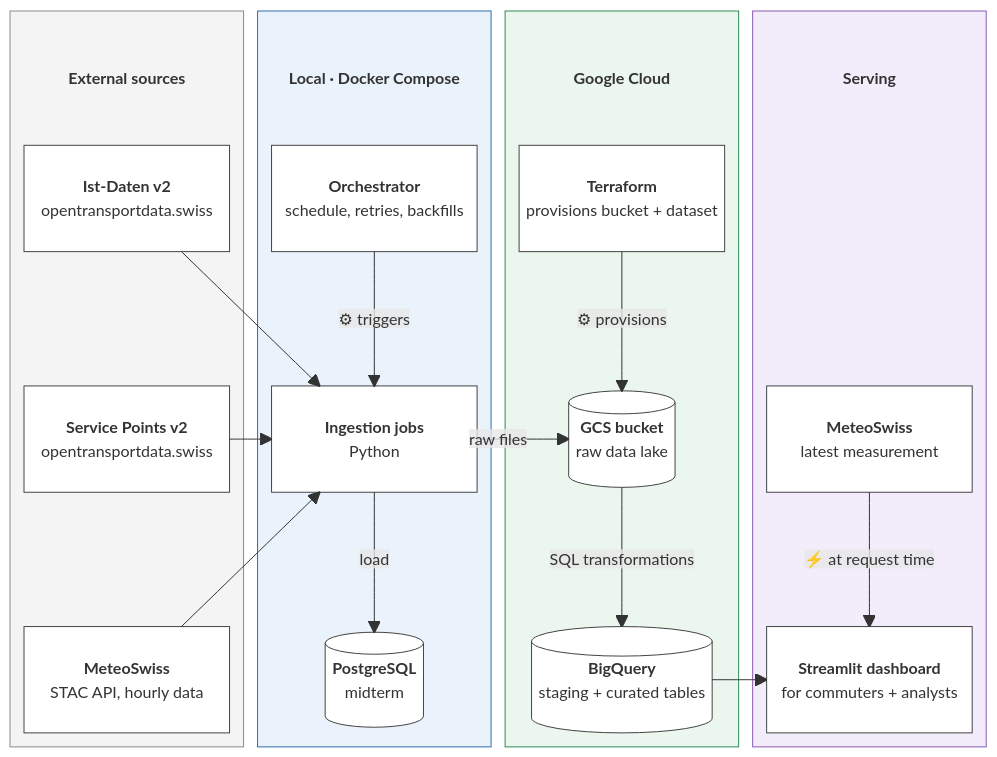
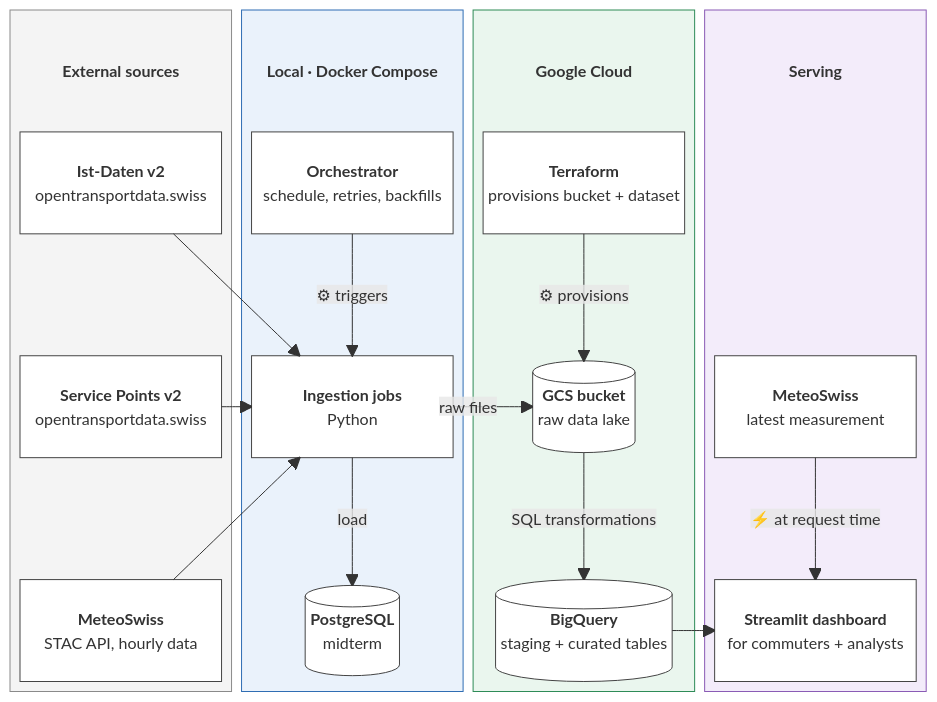
One commit to theodorahaimoff/HSLU_HS26_DENG changed the diagram in README.md. Above: the diagram before and after it, drawn with Mermaid. The commit also changed other lines of this file and 4 other files, not shown here.

````diff
--- a/README.md
+++ b/README.md
@@ -75,65 +75,61 @@
 ```mermaid
----
-config:
-  block:
-    padding: 14
----
+%%{init: {"block": {"padding": 10}}}%%
 block-beta
   columns 4
   block:EXT:1
     columns 1
     T1["External sources"]
     S1["<b>Ist-Daten v2</b><br/>opentransportdata.swiss"]
     space
     S2["<b>Service Points v2</b><br/>opentransportdata.swiss"]
     space
     S3["<b>MeteoSwiss</b><br/>STAC API, hourly data"]
   end
   block:DC:1
     columns 1
     T2["Local · Docker Compose"]
     O["<b>Orchestrator</b><br/>schedule, retries, backfills"]
     space
     I["<b>Ingestion jobs</b><br/>Python"]
     space
     P[("<b>PostgreSQL</b><br/>midterm")]
   end
   block:GCP:1
     columns 1
     T3["Google Cloud"]
     TF["<b>Terraform</b><br/>provisions bucket + dataset"]
     space
     G[("<b>GCS bucket</b><br/>raw data lake")]
     space
     B[("<b>BigQuery</b><br/>staging + curated tables")]
   end
   block:SV:1
     columns 1
     T4["Serving"]
     space
     space
     M["<b>MeteoSwiss</b><br/>latest measurement"]
     space
     D["<b>Streamlit dashboard</b><br/>for commuters + analysts"]
   end
 
   S1 --> I
   S2 --> I
   S3 --> I
   O -- "⚙ triggers" --> I
   I -- "load" --> P
   I -- "raw files" --> G
   TF -- "⚙ provisions" --> G
   G -- "SQL transformations" --> B
   B --> D
   M -- "⚡ at request time" --> D
 
   classDef title fill:none,stroke:none,font-weight:bold
   classDef box fill:#ffffff,stroke:#444,color:#111
   class T1,T2,T3,T4 title
   class S1,S2,S3,O,I,P,TF,G,B,M,D box
   style EXT fill:#f4f4f4,stroke:#8a8a8a
   style DC fill:#eaf2fb,stroke:#2f6db3
   style GCP fill:#eaf6ee,stroke:#2e8b57
   style SV fill:#f3ecfa,stroke:#8a5bb5
 ```
````
